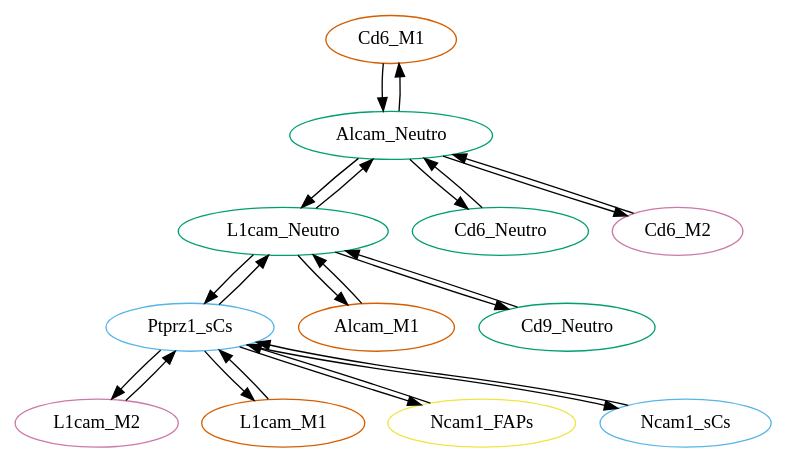
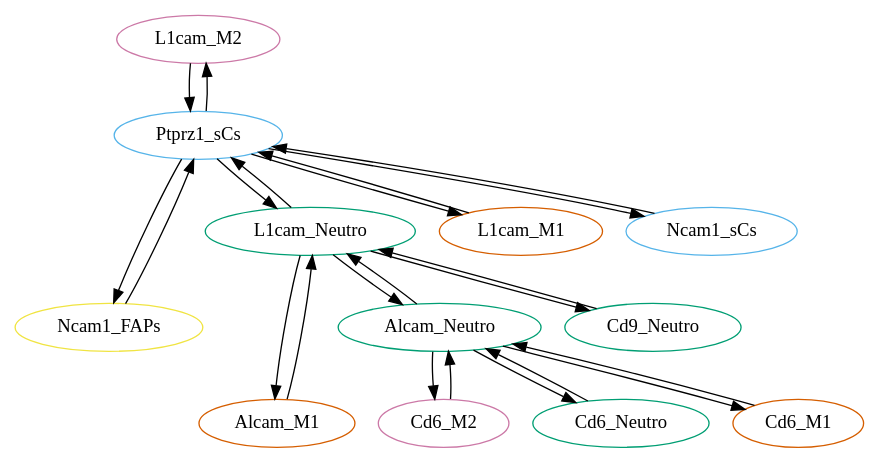
Before and after one commit to LeGrand-Lab/BulkAnalysis_plusNetwork: the diagram in networks_explore/properties/dir_compo_D2.dot, drawn with Graphviz. The commit also changed other lines of this file and 7 other files, not shown here.

```diff
--- a/networks_explore/properties/dir_compo_D2.dot
+++ b/networks_explore/properties/dir_compo_D2.dot
@@ -1,128 +1,128 @@
 strict digraph "" {
-	Cd6_M1	[averagexp=0.1662542343845843,
+	L1cam_M2	[averagexp=0.1204713868104106,
+		celltype=M2,
+		color="#CC79A7",
+		genesym=L1cam,
+		nodetype=sender];
+	Ptprz1_sCs	[averagexp=0.9959894310315418,
+		celltype=sCs,
+		color="#56B4E9",
+		genesym=Ptprz1,
+		nodetype=receiver];
+	L1cam_M2 -> Ptprz1_sCs	[ecolor="#CC79A7",
+		origtype=L1cam_M2,
+		weight=0.1199882280048816];
+	Ncam1_FAPs	[averagexp=0.1379997063732729,
+		celltype=FAPs,
+		color="#F0E442",
+		genesym=Ncam1,
+		nodetype=sender];
+	Ncam1_FAPs -> Ptprz1_sCs	[ecolor="#F0E442",
+		origtype=Ncam1_FAPs,
+		weight=0.1374462490332359];
+	Alcam_M1	[averagexp=0.2055036229516214,
 		celltype=M1,
 		color="#D55E00",
+		genesym=Alcam,
+		nodetype=receiver];
+	L1cam_Neutro	[averagexp=0.6001194137310196,
+		celltype=Neutro,
+		color="#009E73",
+		genesym=L1cam,
+		nodetype=receiver];
+	Alcam_M1 -> L1cam_Neutro	[ecolor="#D55E00",
+		origtype=Alcam_M1,
+		weight=0.1233267137253276];
+	Cd6_M2	[averagexp=0.48106735043112897,
+		celltype=M2,
+		color="#CC79A7",
 		genesym=Cd6,
 		nodetype=sender];
 	Alcam_Neutro	[averagexp=0.6403748468449697,
 		celltype=Neutro,
 		color="#009E73",
 		genesym=Alcam,
 		nodetype=receiver];
-	Cd6_M1 -> Alcam_Neutro	[ecolor="#D55E00",
-		origtype=Cd6_M1,
-		weight=0.1064650298813559];
-	L1cam_Neutro	[averagexp=0.6001194137310196,
-		celltype=Neutro,
-		color="#009E73",
-		genesym=L1cam,
-		nodetype=receiver];
-	Ptprz1_sCs	[averagexp=0.9959894310315418,
-		celltype=sCs,
-		color="#56B4E9",
-		genesym=Ptprz1,
-		nodetype=receiver];
-	L1cam_Neutro -> Ptprz1_sCs	[ecolor="#009E73",
-		origtype=L1cam_Neutro,
-		weight=0.5977125934329407];
-	Alcam_M1	[averagexp=0.2055036229516214,
-		celltype=M1,
-		color="#D55E00",
-		genesym=Alcam,
-		nodetype=receiver];
-	L1cam_Neutro -> Alcam_M1	[ecolor="#009E73",
-		origtype=L1cam_Neutro,
-		weight=0.1233267137253276];
-	L1cam_Neutro -> Alcam_Neutro	[ecolor="#009E73",
-		origtype=L1cam_Neutro,
-		weight=0.3843013776566947];
-	Cd9_Neutro	[averagexp=0.5163587365336566,
-		celltype=Neutro,
-		color="#009E73",
-		genesym=Cd9,
-		nodetype=sender];
-	L1cam_Neutro -> Cd9_Neutro	[ecolor="#009E73",
-		origtype=L1cam_Neutro,
-		weight=0.30987690224346803];
-	Ptprz1_sCs -> L1cam_Neutro	[ecolor="#56B4E9",
-		origtype=Ptprz1_sCs,
-		weight=0.5977125934329407];
-	L1cam_M2	[averagexp=0.1204713868104106,
-		celltype=M2,
-		color="#CC79A7",
-		genesym=L1cam,
-		nodetype=sender];
+	Cd6_M2 -> Alcam_Neutro	[ecolor="#CC79A7",
+		origtype=Cd6_M2,
+		weight=0.3080634308544496];
 	Ptprz1_sCs -> L1cam_M2	[ecolor="#56B4E9",
 		origtype=Ptprz1_sCs,
 		weight=0.1199882280048816];
+	Ptprz1_sCs -> Ncam1_FAPs	[ecolor="#56B4E9",
+		origtype=Ptprz1_sCs,
+		weight=0.1374462490332359];
 	L1cam_M1	[averagexp=0.1156148703038507,
 		celltype=M1,
 		color="#D55E00",
 		genesym=L1cam,
 		nodetype=sender];
 	Ptprz1_sCs -> L1cam_M1	[ecolor="#56B4E9",
 		origtype=Ptprz1_sCs,
 		weight=0.1151511888927177];
-	Ncam1_FAPs	[averagexp=0.1379997063732729,
-		celltype=FAPs,
-		color="#F0E442",
-		genesym=Ncam1,
-		nodetype=sender];
-	Ptprz1_sCs -> Ncam1_FAPs	[ecolor="#56B4E9",
-		origtype=Ptprz1_sCs,
-		weight=0.1374462490332359];
 	Ncam1_sCs	[averagexp=0.8424246824416953,
 		celltype=sCs,
 		color="#56B4E9",
 		genesym=Ncam1,
 		nodetype=sender];
 	Ptprz1_sCs -> Ncam1_sCs	[ecolor="#56B4E9",
 		origtype=Ptprz1_sCs,
 		weight=0.8390460801520314];
-	L1cam_M2 -> Ptprz1_sCs	[ecolor="#CC79A7",
-		origtype=L1cam_M2,
-		weight=0.1199882280048816];
+	Ptprz1_sCs -> L1cam_Neutro	[ecolor="#56B4E9",
+		origtype=Ptprz1_sCs,
+		weight=0.5977125934329407];
+	L1cam_M1 -> Ptprz1_sCs	[ecolor="#D55E00",
+		origtype=L1cam_M1,
+		weight=0.1151511888927177];
+	Cd9_Neutro	[averagexp=0.5163587365336566,
+		celltype=Neutro,
+		color="#009E73",
+		genesym=Cd9,
+		nodetype=sender];
+	Cd9_Neutro -> L1cam_Neutro	[ecolor="#009E73",
+		origtype=Cd9_Neutro,
+		weight=0.30987690224346803];
 	Cd6_Neutro	[averagexp=0.3071041875047202,
 		celltype=Neutro,
 		color="#009E73",
 		genesym=Cd6,
 		nodetype=sender];
 	Cd6_Neutro -> Alcam_Neutro	[ecolor="#009E73",
 		origtype=Cd6_Neutro,
 		weight=0.1966617970387841];
-	Alcam_M1 -> L1cam_Neutro	[ecolor="#D55E00",
-		origtype=Alcam_M1,
-		weight=0.1233267137253276];
+	Ncam1_sCs -> Ptprz1_sCs	[ecolor="#56B4E9",
+		origtype=Ncam1_sCs,
+		weight=0.8390460801520314];
+	Cd6_M1	[averagexp=0.1662542343845843,
+		celltype=M1,
+		color="#D55E00",
+		genesym=Cd6,
+		nodetype=sender];
+	Cd6_M1 -> Alcam_Neutro	[ecolor="#D55E00",
+		origtype=Cd6_M1,
+		weight=0.1064650298813559];
+	Alcam_Neutro -> Cd6_M2	[ecolor="#009E73",
+		origtype=Alcam_Neutro,
+		weight=0.3080634308544496];
+	Alcam_Neutro -> Cd6_Neutro	[ecolor="#009E73",
+		origtype=Alcam_Neutro,
+		weight=0.1966617970387841];
 	Alcam_Neutro -> Cd6_M1	[ecolor="#009E73",
 		origtype=Alcam_Neutro,
 		weight=0.1064650298813559];
 	Alcam_Neutro -> L1cam_Neutro	[ecolor="#009E73",
 		origtype=Alcam_Neutro,
 		weight=0.3843013776566947];
-	Alcam_Neutro -> Cd6_Neutro	[ecolor="#009E73",
-		origtype=Alcam_Neutro,
-		weight=0.1966617970387841];
-	Cd6_M2	[averagexp=0.48106735043112897,
-		celltype=M2,
-		color="#CC79A7",
-		genesym=Cd6,
-		nodetype=sender];
-	Alcam_Neutro -> Cd6_M2	[ecolor="#009E73",
-		origtype=Alcam_Neutro,
-		weight=0.3080634308544496];
-	Cd9_Neutro -> L1cam_Neutro	[ecolor="#009E73",
-		origtype=Cd9_Neutro,
+	L1cam_Neutro -> Alcam_M1	[ecolor="#009E73",
+		origtype=L1cam_Neutro,
+		weight=0.1233267137253276];
+	L1cam_Neutro -> Ptprz1_sCs	[ecolor="#009E73",
+		origtype=L1cam_Neutro,
+		weight=0.5977125934329407];
+	L1cam_Neutro -> Cd9_Neutro	[ecolor="#009E73",
+		origtype=L1cam_Neutro,
 		weight=0.30987690224346803];
-	L1cam_M1 -> Ptprz1_sCs	[ecolor="#D55E00",
-		origtype=L1cam_M1,
-		weight=0.1151511888927177];
-	Ncam1_FAPs -> Ptprz1_sCs	[ecolor="#F0E442",
-		origtype=Ncam1_FAPs,
-		weight=0.1374462490332359];
-	Ncam1_sCs -> Ptprz1_sCs	[ecolor="#56B4E9",
-		origtype=Ncam1_sCs,
-		weight=0.8390460801520314];
-	Cd6_M2 -> Alcam_Neutro	[ecolor="#CC79A7",
-		origtype=Cd6_M2,
-		weight=0.3080634308544496];
+	L1cam_Neutro -> Alcam_Neutro	[ecolor="#009E73",
+		origtype=L1cam_Neutro,
+		weight=0.3843013776566947];
 }
```
